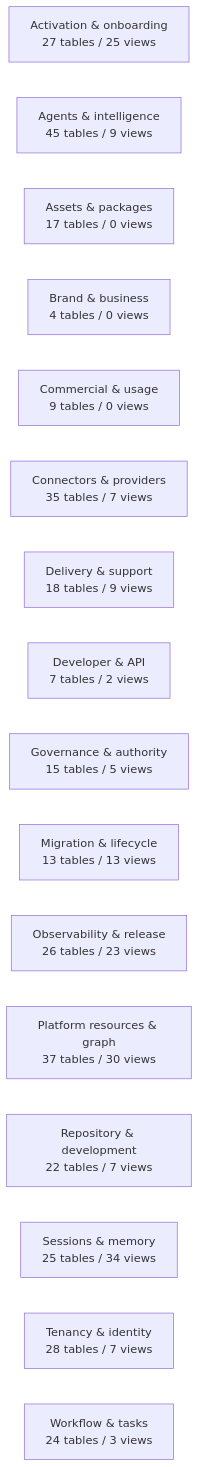
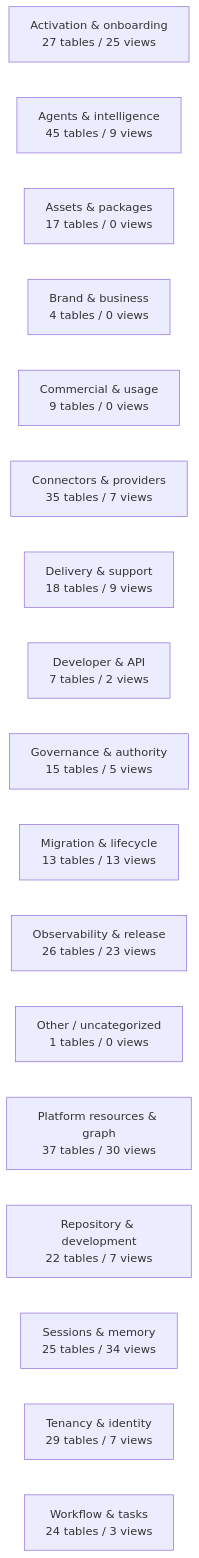
Before and after one commit to mad4bdigital-ai/multi-business-multi-role-growth-intelligence-os: the diagram in docs/work-maps/data-model-domain-map.md, drawn with Mermaid. The commit also changed other lines of this file and 4 other files, not shown here.

````diff
--- a/docs/work-maps/data-model-domain-map.md
+++ b/docs/work-maps/data-model-domain-map.md
@@ -9,19 +9,20 @@
 ```mermaid
 flowchart LR
   n_Activation___onboarding["Activation & onboarding<br/>27 tables / 25 views"]
   n_Agents___intelligence["Agents & intelligence<br/>45 tables / 9 views"]
   n_Assets___packages["Assets & packages<br/>17 tables / 0 views"]
   n_Brand___business["Brand & business<br/>4 tables / 0 views"]
   n_Commercial___usage["Commercial & usage<br/>9 tables / 0 views"]
   n_Connectors___providers["Connectors & providers<br/>35 tables / 7 views"]
   n_Delivery___support["Delivery & support<br/>18 tables / 9 views"]
   n_Developer___API["Developer & API<br/>7 tables / 2 views"]
   n_Governance___authority["Governance & authority<br/>15 tables / 5 views"]
   n_Migration___lifecycle["Migration & lifecycle<br/>13 tables / 13 views"]
   n_Observability___release["Observability & release<br/>26 tables / 23 views"]
+  n_Other___uncategorized["Other / uncategorized<br/>1 tables / 0 views"]
   n_Platform_resources___graph["Platform resources & graph<br/>37 tables / 30 views"]
   n_Repository___development["Repository & development<br/>22 tables / 7 views"]
   n_Sessions___memory["Sessions & memory<br/>25 tables / 34 views"]
-  n_Tenancy___identity["Tenancy & identity<br/>28 tables / 7 views"]
+  n_Tenancy___identity["Tenancy & identity<br/>29 tables / 7 views"]
   n_Workflow___tasks["Workflow & tasks<br/>24 tables / 3 views"]
 ```
````
